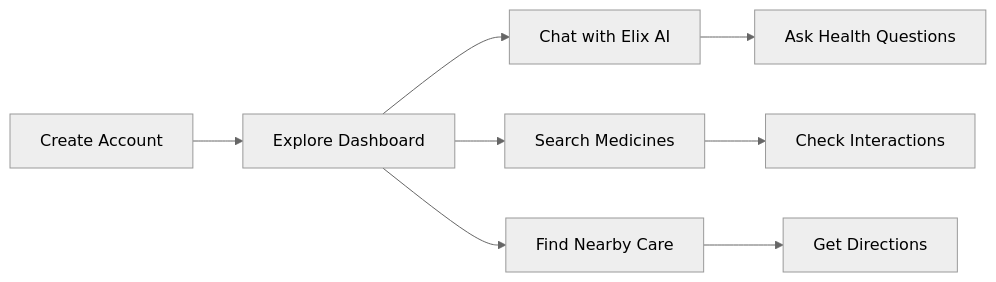
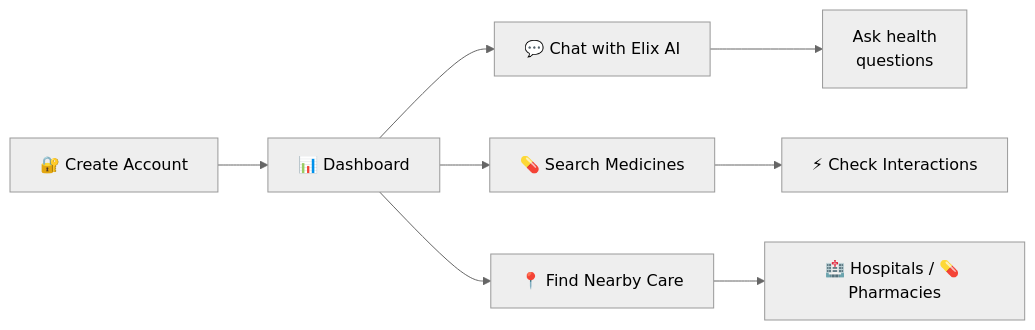
The fifth of 6 diagrams in README.md (Satendra90390/Mendly), drawn with Mermaid (neutral theme) before and after one commit. The commit also changed other lines of this file and 1 other file, not shown here.

Commit message:
add animated SVG banner, memory architecture, FAQ, repo activity badges; create memory.py

````diff
--- a/README.md
+++ b/README.md
@@ -370,10 +513,10 @@
 ```mermaid
 flowchart LR
-    A[Create Account] --> B[Explore Dashboard]
-    B --> C[Chat with Elix AI]
-    B --> D[Search Medicines]
-    B --> E[Find Nearby Care]
-    C --> F[Ask Health Questions]
-    D --> G[Check Interactions]
-    E --> H[Get Directions]
+    A[🔐 Create Account] --> B[📊 Dashboard]
+    B --> C[💬 Chat with Elix AI]
+    B --> D[💊 Search Medicines]
+    B --> E[📍 Find Nearby Care]
+    C --> F["Ask health<br/>questions"]
+    D --> G[⚡ Check Interactions]
+    E --> H[🏥 Hospitals / 💊 Pharmacies]
 ```
````
